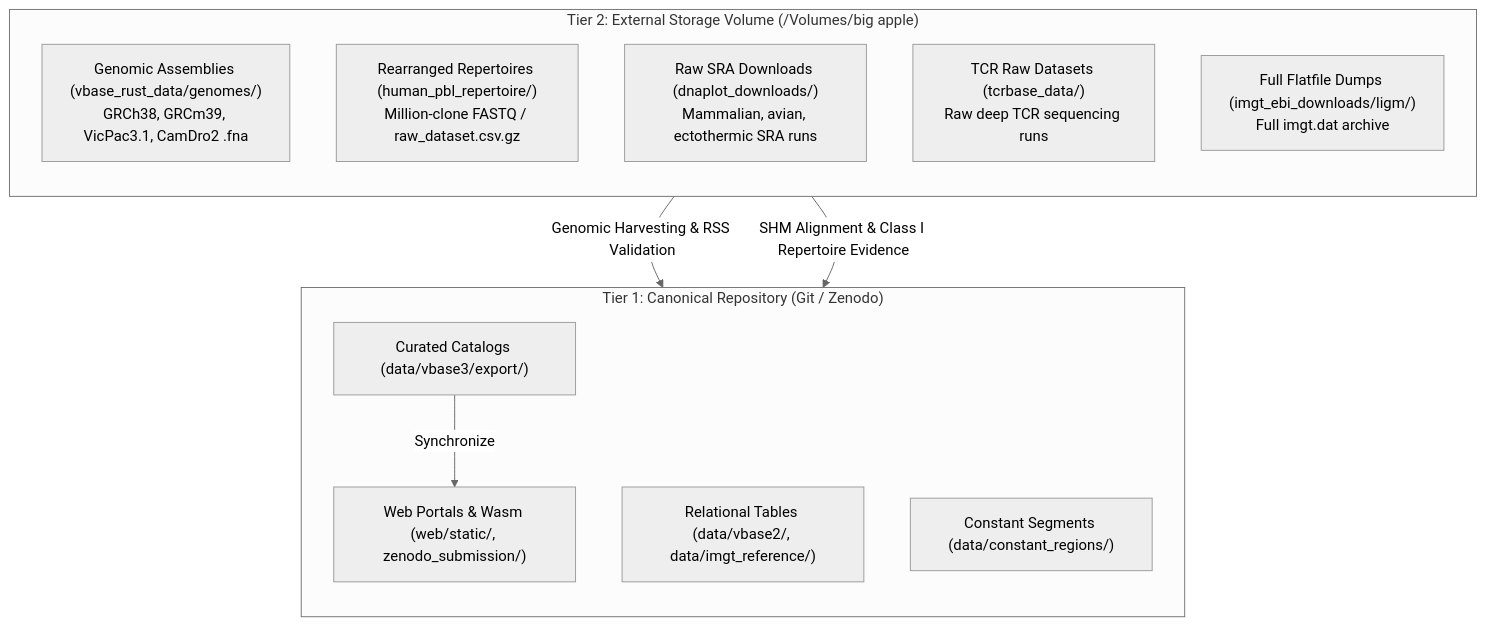
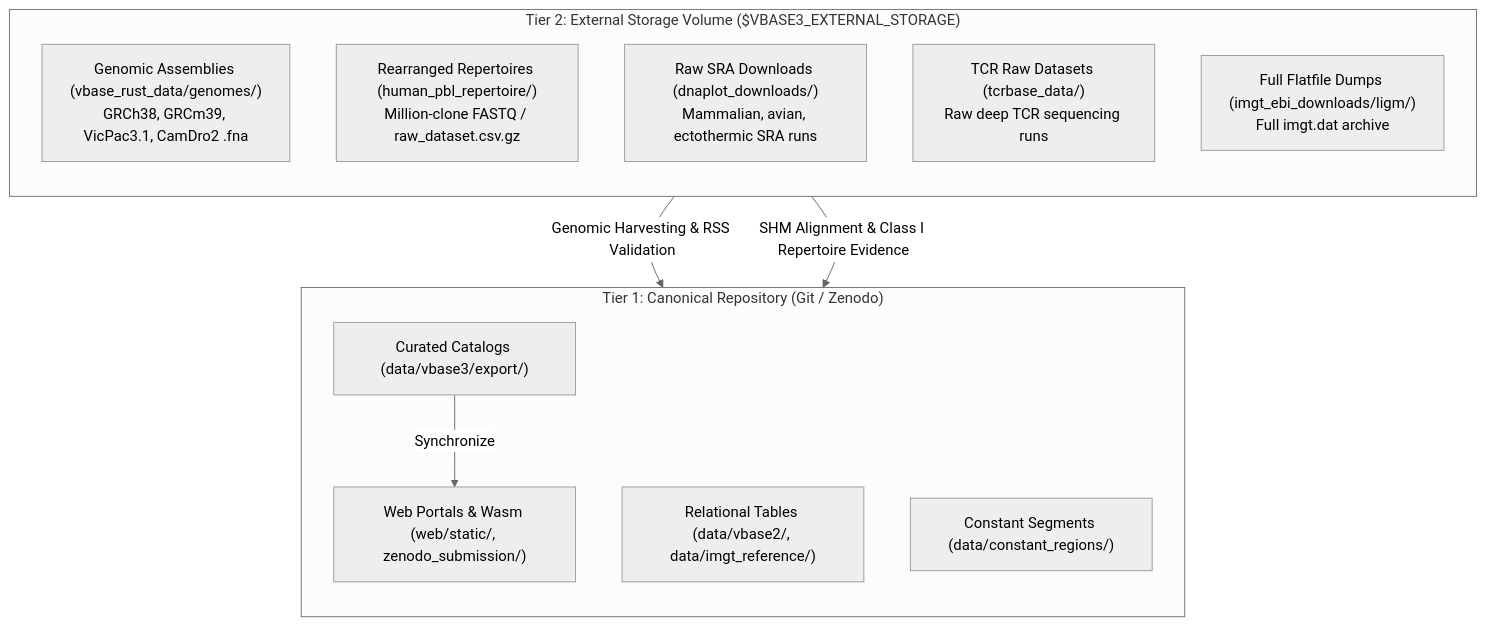
One commit to vbase3/vbase3_database changed the diagram in docs/DATA_PROVENANCE_AND_SOURCES.md. Above: the diagram before and after it, drawn with Mermaid (neutral theme). The commit also changed other lines of this file and 4 other files, not shown here.

````diff
--- a/docs/DATA_PROVENANCE_AND_SOURCES.md
+++ b/docs/DATA_PROVENANCE_AND_SOURCES.md
@@ -36,23 +36,23 @@
 ```mermaid
 graph TD
     subgraph Tier1["Tier 1: Canonical Repository (Git / Zenodo)"]
         direction TB
         T1_A["Curated Catalogs (data/vbase3/export/)"]
         T1_B["Relational Tables (data/vbase2/, data/imgt_reference/)"]
         T1_C["Constant Segments (data/constant_regions/)"]
         T1_D["Web Portals & Wasm (web/static/, zenodo_submission/)"]
     end
 
-    subgraph Tier2["Tier 2: External Storage Volume (/Volumes/big apple)"]
+    subgraph Tier2["Tier 2: External Storage Volume ($VBASE3_EXTERNAL_STORAGE)"]
         direction TB
         T2_A["Genomic Assemblies (vbase_rust_data/genomes/)<br/>GRCh38, GRCm39, VicPac3.1, CamDro2 .fna"]
         T2_B["Rearranged Repertoires (human_pbl_repertoire/)<br/>Million-clone FASTQ / raw_dataset.csv.gz"]
         T2_C["Raw SRA Downloads (dnaplot_downloads/)<br/>Mammalian, avian, ectothermic SRA runs"]
         T2_D["TCR Raw Datasets (tcrbase_data/)<br/>Raw deep TCR sequencing runs"]
         T2_E["Full Flatfile Dumps (imgt_ebi_downloads/ligm/)<br/>Full imgt.dat archive"]
     end
 
     T2_A -->|Genomic Harvesting & RSS Validation| T1_A
     T2_B -->|SHM Alignment & Class I Repertoire Evidence| T1_A
     T1_A -->|Synchronize| T1_D
 ```
````
